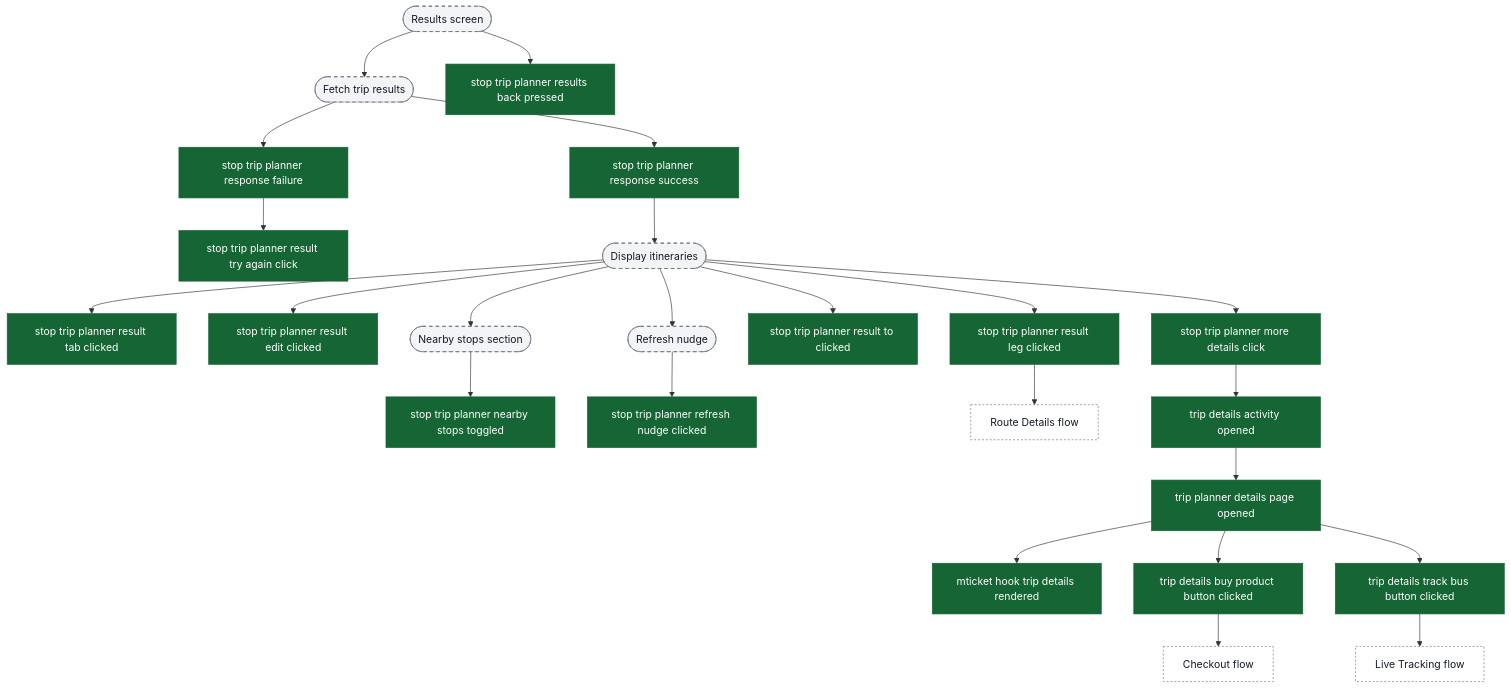
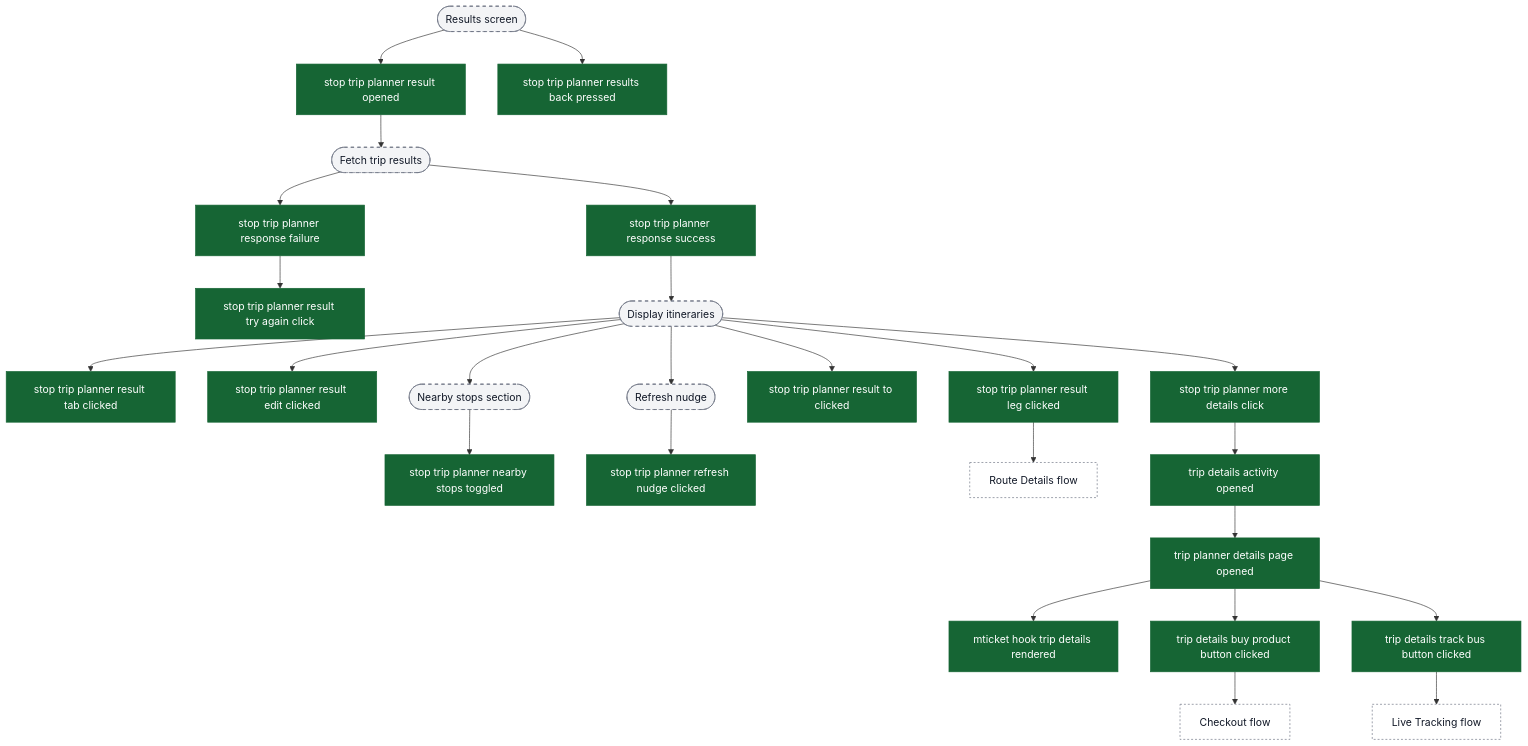
One commit to ratulsarna/chalo-app-dashboard changed the fourth of 5 diagrams in content/analytics/trip-planner/flow-diagrams.md. Above: the diagram before and after it, drawn with Mermaid. The commit also changed other lines of this file and 3 other files, not shown here.

Commit message:
feat(analytics): update mTicket and Trip Planner event definitions and flow diagrams

````diff
--- a/content/analytics/trip-planner/flow-diagrams.md
+++ b/content/analytics/trip-planner/flow-diagrams.md
@@ -135,43 +136,44 @@
 ```mermaid
 flowchart TD
-  ui_resultsScreen([Results screen]) --> ui_fetchResults([Fetch trip results])
+  ui_resultsScreen([Results screen]) --> ev_resultOpened["stop trip planner result opened"]
+  ev_resultOpened --> ui_fetchResults([Fetch trip results])
   ui_fetchResults --> ev_responseSuccess["stop trip planner response success"]
   ui_fetchResults --> ev_responseFailure["stop trip planner response failure"]
 
   ev_responseFailure --> ev_tryAgain["stop trip planner result try again click"]
 
   ev_responseSuccess --> ui_displayResults([Display itineraries])
   ui_displayResults --> ev_tabClicked["stop trip planner result tab clicked"]
   ui_displayResults --> ev_editClicked["stop trip planner result edit clicked"]
 
   ui_displayResults --> ui_nearbyStopsSection([Nearby stops section])
   ui_nearbyStopsSection --> ev_nearbyToggled["stop trip planner nearby stops toggled"]
 
   ui_displayResults --> ui_refreshNudge([Refresh nudge])
   ui_refreshNudge --> ev_refreshClicked["stop trip planner refresh nudge clicked"]
 
   ui_displayResults --> ev_toLocationClicked["stop trip planner result to clicked"]
   ui_displayResults --> ev_legClicked["stop trip planner result leg clicked"]
   ui_displayResults --> ev_moreDetails["stop trip planner more details click"]
 
   ev_legClicked --> ext_routeDetails[Route Details flow]
   ev_moreDetails --> ev_tripDetailsActivityOpened["trip details activity opened"]
   ev_tripDetailsActivityOpened --> ev_detailsOpened["trip planner details page opened"]
 
   ev_detailsOpened --> ev_mticketHook["mticket hook trip details rendered"]
   ev_detailsOpened --> ev_buyProduct["trip details buy product button clicked"]
   ev_detailsOpened --> ev_trackBus["trip details track bus button clicked"]
 
   ev_buyProduct --> ext_checkout[Checkout flow]
   ev_trackBus --> ext_tracking[Live Tracking flow]
 
   ui_resultsScreen --> ev_backPressed["stop trip planner results back pressed"]
 
   classDef event fill:#166534,stroke:#166534,color:#ffffff;
   classDef ui fill:#f3f4f6,stroke:#6b7280,stroke-dasharray: 5 5,color:#111827;
   classDef external fill:#ffffff,stroke:#6b7280,stroke-dasharray: 3 3,color:#111827;
 
-  class ev_responseSuccess,ev_responseFailure,ev_tryAgain,ev_tabClicked,ev_editClicked,ev_nearbyToggled,ev_refreshClicked,ev_toLocationClicked,ev_legClicked,ev_moreDetails,ev_tripDetailsActivityOpened,ev_detailsOpened,ev_mticketHook,ev_buyProduct,ev_trackBus,ev_backPressed event;
+  class ev_resultOpened,ev_responseSuccess,ev_responseFailure,ev_tryAgain,ev_tabClicked,ev_editClicked,ev_nearbyToggled,ev_refreshClicked,ev_toLocationClicked,ev_legClicked,ev_moreDetails,ev_tripDetailsActivityOpened,ev_detailsOpened,ev_mticketHook,ev_buyProduct,ev_trackBus,ev_backPressed event;
   class ui_resultsScreen,ui_fetchResults,ui_displayResults,ui_nearbyStopsSection,ui_refreshNudge ui;
   class ext_routeDetails,ext_checkout,ext_tracking external;
 ```
````
